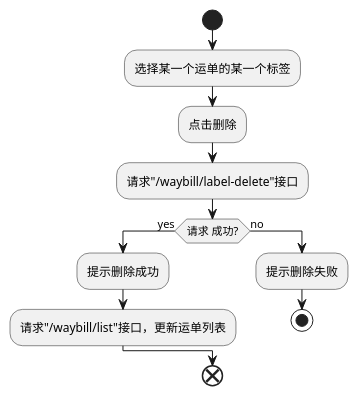
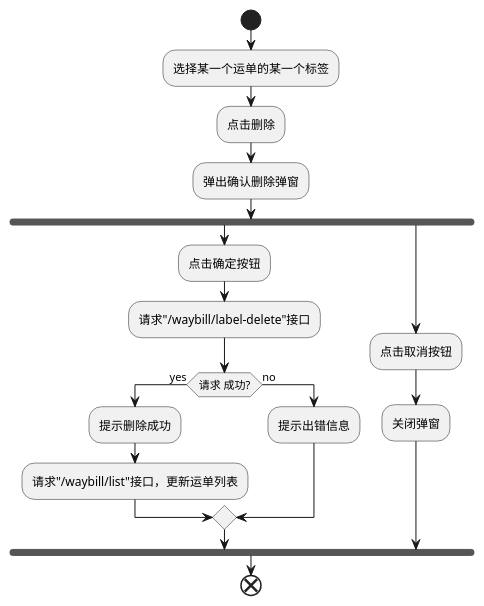
The diagram in docs/development-flow-diagram.puml/logistics-list/delete-label.puml (futurekidult/lis), drawn with PlantUML before and after one commit. The commit also changed 11 other files, not shown here.

```diff
--- a/docs/development-flow-diagram.puml/logistics-list/delete-label.puml
+++ b/docs/development-flow-diagram.puml/logistics-list/delete-label.puml
@@ -1,16 +1,22 @@
 @startuml
 
 start
 :选择某一个运单的某一个标签;
 :点击删除;
-:请求"/waybill/label-delete"接口;
-if(请求 成功?) then (yes)
-  :提示删除成功;
-  :请求"/waybill/list"接口，更新运单列表;
-else (no)
-  :提示删除失败;
-  stop
-endif
+:弹出确认删除弹窗;
+fork
+  :点击确定按钮;
+  :请求"/waybill/label-delete"接口;
+  if(请求 成功?) then (yes)
+    :提示删除成功;
+    :请求"/waybill/list"接口，更新运单列表;
+  else (no)
+    :提示出错信息;
+  endif
+fork again
+  :点击取消按钮;
+  :关闭弹窗;
+end fork
 end
 
 @enduml
```
